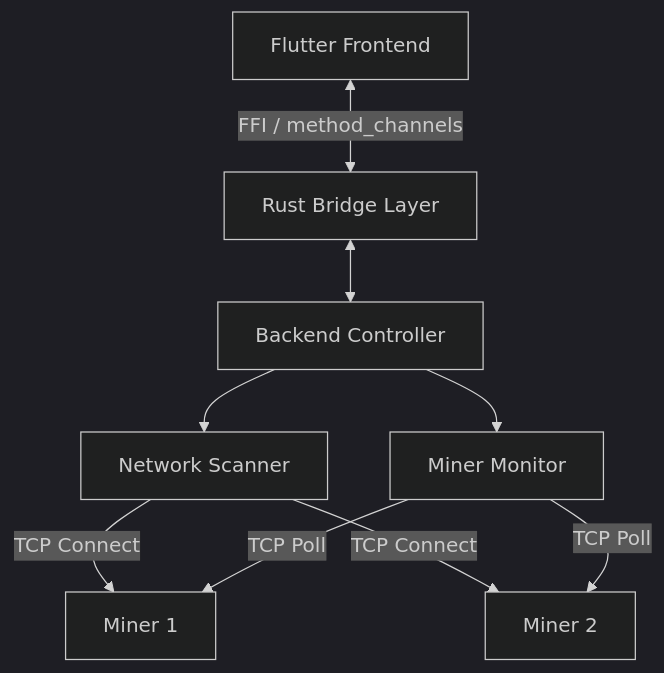
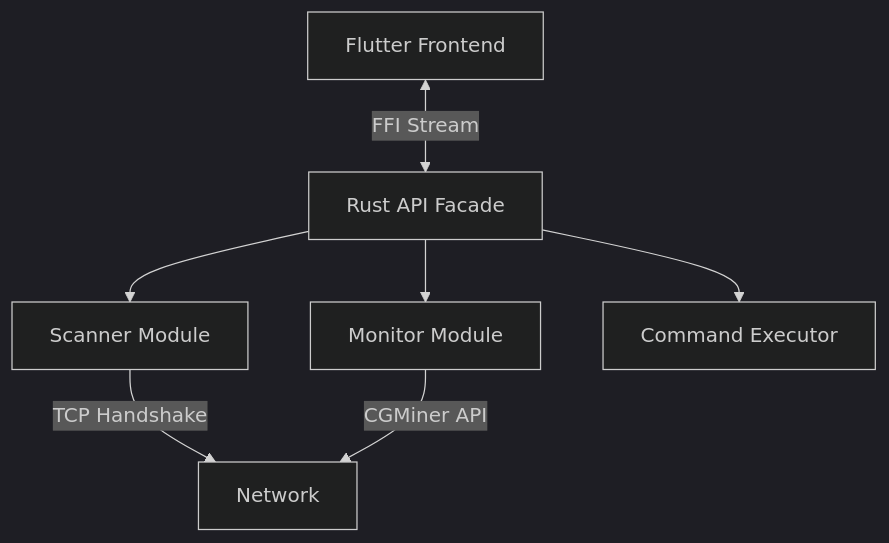
The first of 2 diagrams in Docs/TechnicalDesign.md (hangxigood/-Bit-Link-Miner-Manager), drawn with Mermaid (dark theme) before and after one commit. The commit also changed other lines of this file and 1 other file, not shown here.

````diff
--- a/Docs/TechnicalDesign.md
+++ b/Docs/TechnicalDesign.md
@@ -8,12 +7,10 @@
 ```mermaid
 graph TD
-    UI[Flutter Frontend] <-->|FFI / method_channels| Bridge[Rust Bridge Layer]
-    Bridge <--> Controller[Backend Controller]
-    Controller --> Scanner[Network Scanner]
-    Controller --> Monitor[Miner Monitor]
+    UI[Flutter Frontend] <-->|FFI Stream| API[Rust API Facade]
+    API --> Scanner[Scanner Module]
+    API --> Monitor[Monitor Module]
+    API --> Cmd[Command Executor]
     
-    Scanner -- TCP Connect --> M1[Miner 1]
-    Scanner -- TCP Connect --> M2[Miner 2]
-    Monitor -- TCP Poll --> M1
-    Monitor -- TCP Poll --> M2
+    Scanner -->|TCP Handshake| Network
+    Monitor -->|CGMiner API| Network
 ```
````
